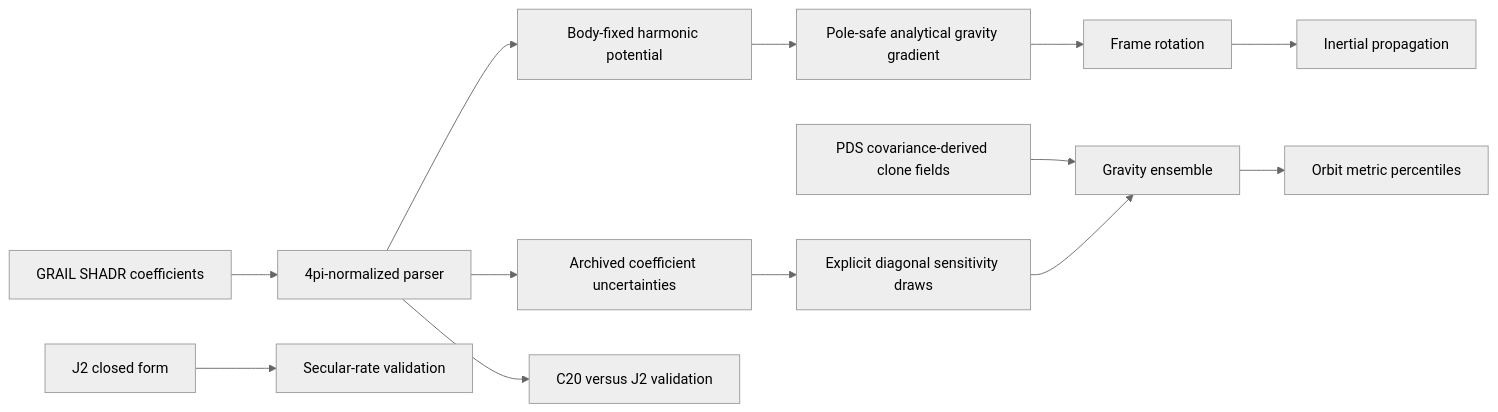
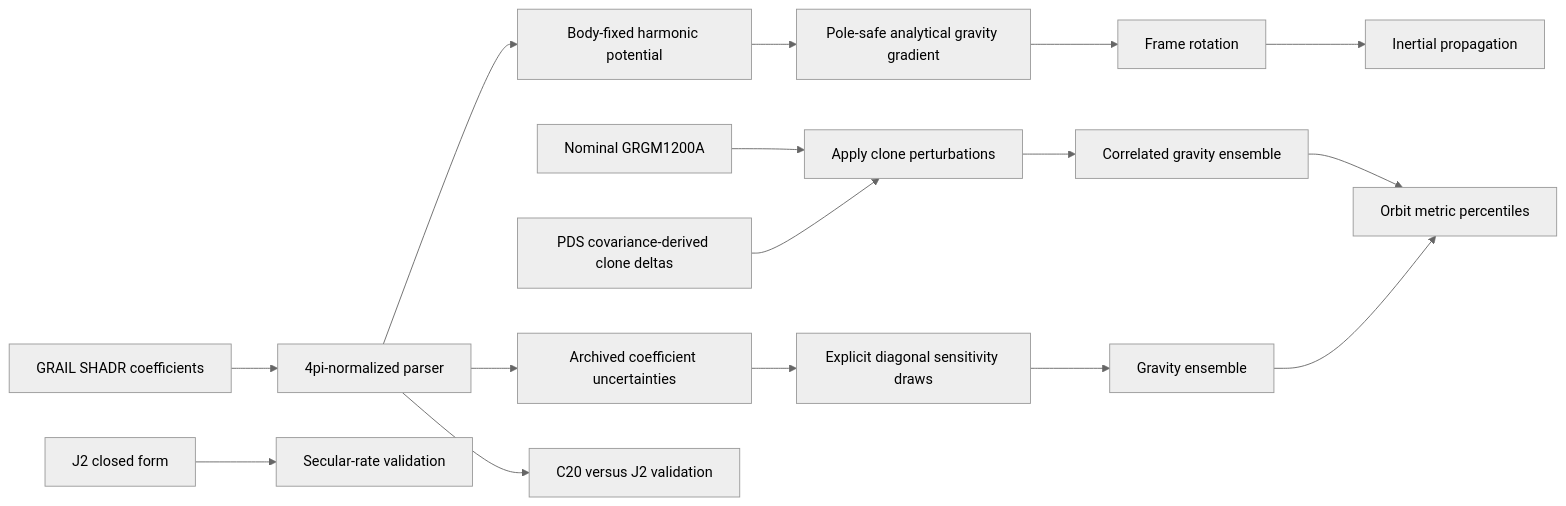
The diagram in README.md (sylvesterkaczmarek/lunar-astrodynamics-simulation), drawn with Mermaid (neutral theme) before and after one commit. The commit also changed other lines of this file, not shown here.

Commit message:
Align README with clone perturbation semantics

````diff
--- a/README.md
+++ b/README.md
@@ -13,15 +13,18 @@
 ```mermaid
 flowchart LR
     A[GRAIL SHADR coefficients] --> B[4pi-normalized parser]
     B --> C[Body-fixed harmonic potential]
     C --> D[Pole-safe analytical gravity gradient]
     D --> E[Frame rotation]
     E --> F[Inertial propagation]
     B --> U[Archived coefficient uncertainties]
     U --> V[Explicit diagonal sensitivity draws]
-    K[PDS covariance-derived clone fields] --> W[Gravity ensemble]
-    V --> W
-    W --> X[Orbit metric percentiles]
+    N[Nominal GRGM1200A] --> W[Apply clone perturbations]
+    K[PDS covariance-derived clone deltas] --> W
+    W --> X[Correlated gravity ensemble]
+    V --> Y[Gravity ensemble]
+    X --> Z[Orbit metric percentiles]
+    Y --> Z
     G[J2 closed form] --> H[Secular-rate validation]
     B --> I[C20 versus J2 validation]
 ```
````
